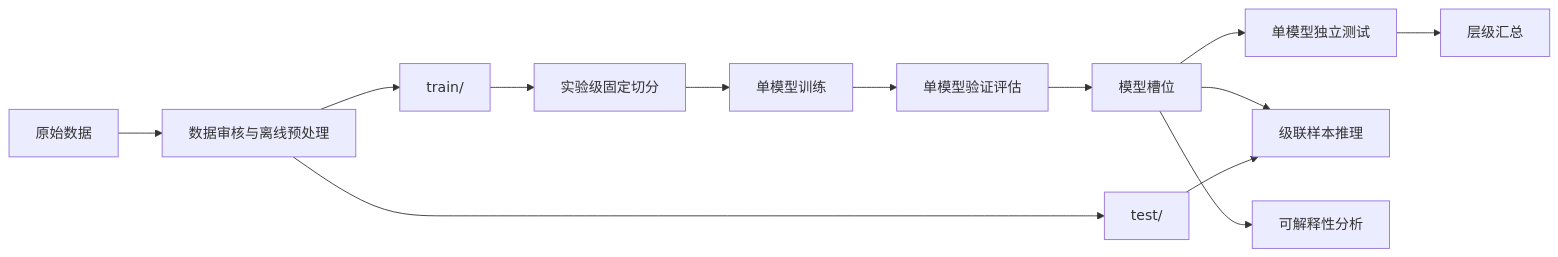
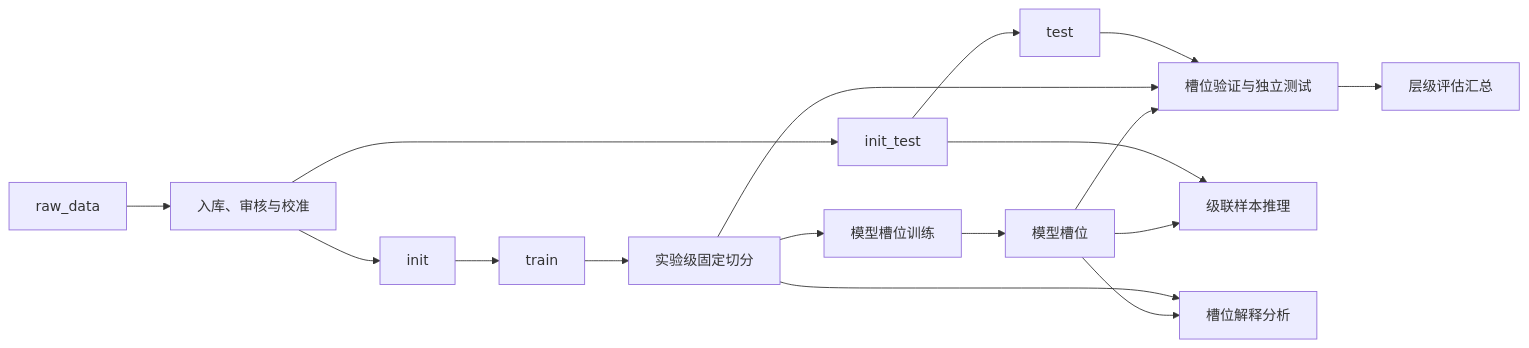
One commit to YaoHui-Wu06022/Bacterial-Raman-Spectroscopy-Classification changed the first of 2 diagrams in ramanv2/项目说明.md. Above: the diagram before and after it, drawn with Mermaid. The commit also changed other lines of this file and 95 other files, not shown here.

````diff
--- a/ramanv2/项目说明.md
+++ b/ramanv2/项目说明.md
@@ -70,34 +70,19 @@
 ```mermaid
 flowchart LR
-    A["原始数据"]
-    B["数据审核与离线预处理"]
-
-    C["train/"]
-    D["test/"]
-
-    E["实验级固定切分"]
-    F["单模型训练"]
-    G["单模型验证评估"]
-
-    H["模型槽位"]
-
-    I["单模型独立测试"]
-    J["层级汇总"]
-    K["级联样本推理"]
-    L["可解释性分析"]
-
-    A --> B
-    B --> C
-    B --> D
-
-    C --> E
-    E --> F
-    F --> G
-    G --> H
-
-    H --> I
-    I --> J
-    H --> K
-    D --> K
-    H --> L
+    RAW["raw_data"] --> PIPE["入库、审核与校准"]
+    PIPE --> INIT["init"]
+    PIPE --> INIT_TEST["init_test"]
+    INIT --> TRAIN_DATA["train"]
+    INIT_TEST --> TEST_DATA["test"]
+    TRAIN_DATA --> SPLIT["实验级固定切分"]
+    SPLIT --> TRAIN["模型槽位训练"]
+    TRAIN --> SLOT["模型槽位"]
+    SLOT --> EVAL["槽位验证与独立测试"]
+    SPLIT --> EVAL
+    TEST_DATA --> EVAL
+    EVAL --> SUMMARY["层级评估汇总"]
+    SLOT --> INFER["级联样本推理"]
+    INIT_TEST --> INFER
+    SLOT --> ANALYSIS["槽位解释分析"]
+    SPLIT --> ANALYSIS
 ```
````
